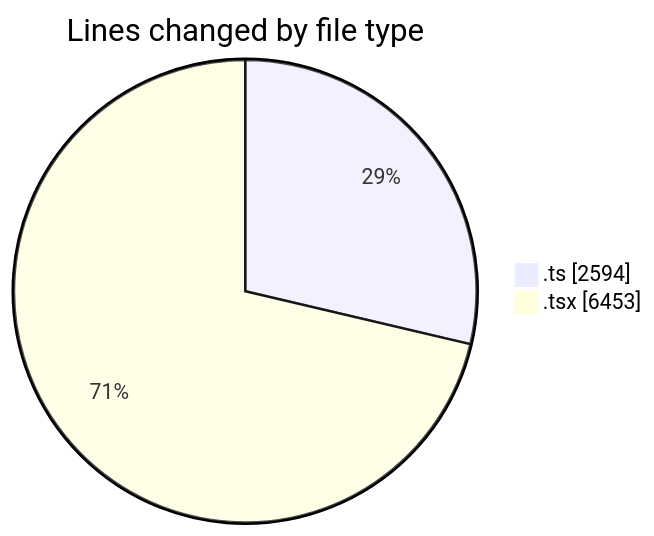
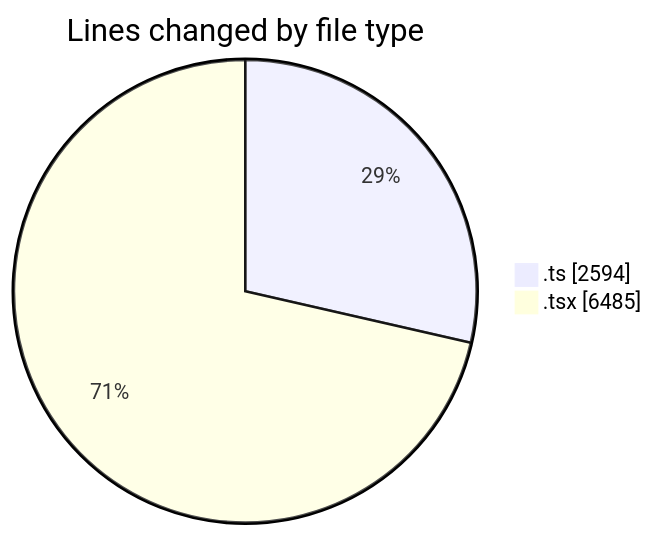
The first of 2 diagrams in 2025-07-01/cda/README.md (momahboobian/code-tracking), drawn with Mermaid before and after one commit. The commit also changed other lines of this file and 1 other file, not shown here.

````diff
--- a/2025-07-01/cda/README.md
+++ b/2025-07-01/cda/README.md
@@ -44,6 +44,6 @@
 ```mermaid
 pie showData
 title Lines changed by file type
 ".ts" : 2594
-".tsx" : 6453
+".tsx" : 6485
 ```
````
